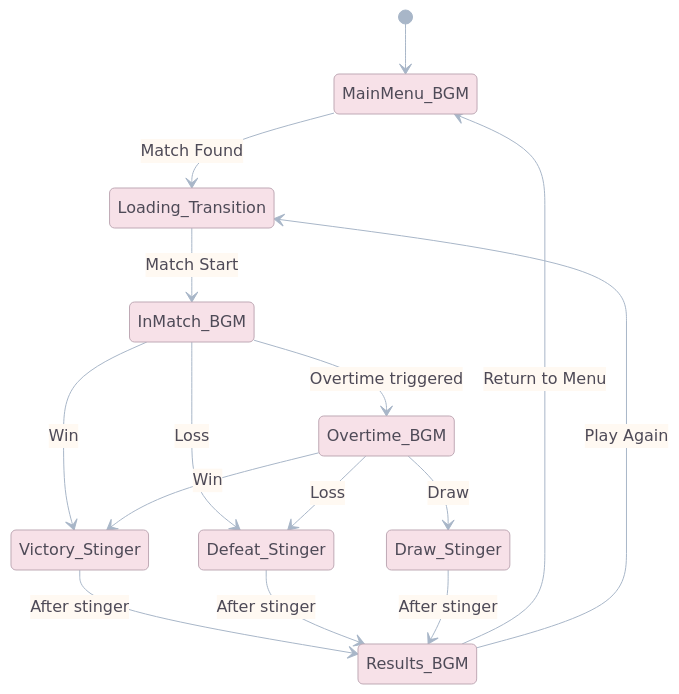
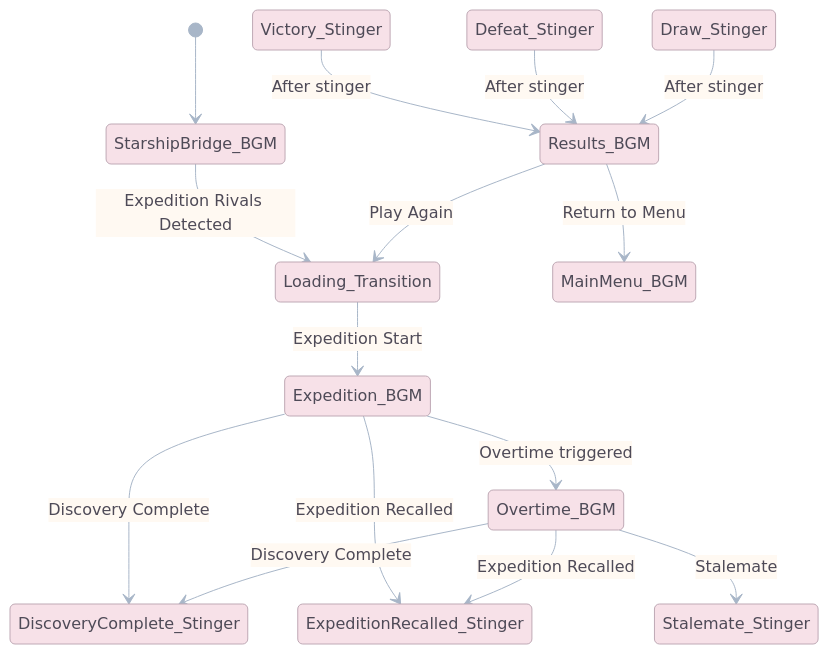
One commit to unknown-studios-code/goo-galaxy changed the second of 2 diagrams in .docs/GDD/07_Audio_and_Sound_Design.md. Above: the diagram before and after it, drawn with Mermaid. The commit also changed other lines of this file and 20 other files, not shown here.

````diff
--- a/.docs/GDD/07_Audio_and_Sound_Design.md
+++ b/.docs/GDD/07_Audio_and_Sound_Design.md
@@ -186,22 +186,22 @@
 ```mermaid
 %%{init: {"theme":"base","themeVariables":{"primaryColor":"#F7E1E8","secondaryColor":"#DCEBF7","tertiaryColor":"#E4F3E1","primaryBorderColor":"#BFA9B5","lineColor":"#A8B6C8","primaryTextColor":"#4E4A57","clusterBkg":"#FAF5EA","clusterBorder":"#CDBFAF","edgeLabelBackground":"#FFF9F2","noteBkgColor":"#F7F1FA","noteTextColor":"#4E4A57","taskBkgColor":"#DCEBF7","taskTextColor":"#4E4A57","taskTextOutsideColor":"#4E4A57","sectionBkgColor":"#E4F3E1","sectionBorderColor":"#BCD0B9","gridColor":"#E8DDD3","todayLineColor":"#C7A7B5","actorBkg":"#F7E1E8","actorBorder":"#BFA9B5","actorTextColor":"#4E4A57","signalColor":"#A8B6C8","signalTextColor":"#4E4A57","labelBoxBkgColor":"#FFF9F2","labelBoxBorderColor":"#CDBFAF","labelTextColor":"#4E4A57"}}}%%
 stateDiagram-v2
-    [*] --> MainMenu_BGM
-    MainMenu_BGM --> Loading_Transition: Match Found
-    Loading_Transition --> InMatch_BGM: Match Start
+    [*] --> StarshipBridge_BGM
+    StarshipBridge_BGM --> Loading_Transition: Expedition Rivals Detected
+    Loading_Transition --> Expedition_BGM: Expedition Start
 
-    InMatch_BGM --> Overtime_BGM: Overtime triggered
-    InMatch_BGM --> Victory_Stinger: Win
-    InMatch_BGM --> Defeat_Stinger: Loss
+    Expedition_BGM --> Overtime_BGM: Overtime triggered
+    Expedition_BGM --> DiscoveryComplete_Stinger: Discovery Complete
+    Expedition_BGM --> ExpeditionRecalled_Stinger: Expedition Recalled
 
-    Overtime_BGM --> Victory_Stinger: Win
-    Overtime_BGM --> Defeat_Stinger: Loss
-    Overtime_BGM --> Draw_Stinger: Draw
+    Overtime_BGM --> DiscoveryComplete_Stinger: Discovery Complete
+    Overtime_BGM --> ExpeditionRecalled_Stinger: Expedition Recalled
+    Overtime_BGM --> Stalemate_Stinger: Stalemate
 
     Victory_Stinger --> Results_BGM: After stinger
     Defeat_Stinger --> Results_BGM: After stinger
     Draw_Stinger --> Results_BGM: After stinger
 
     Results_BGM --> MainMenu_BGM: Return to Menu
     Results_BGM --> Loading_Transition: Play Again
 ```
````
